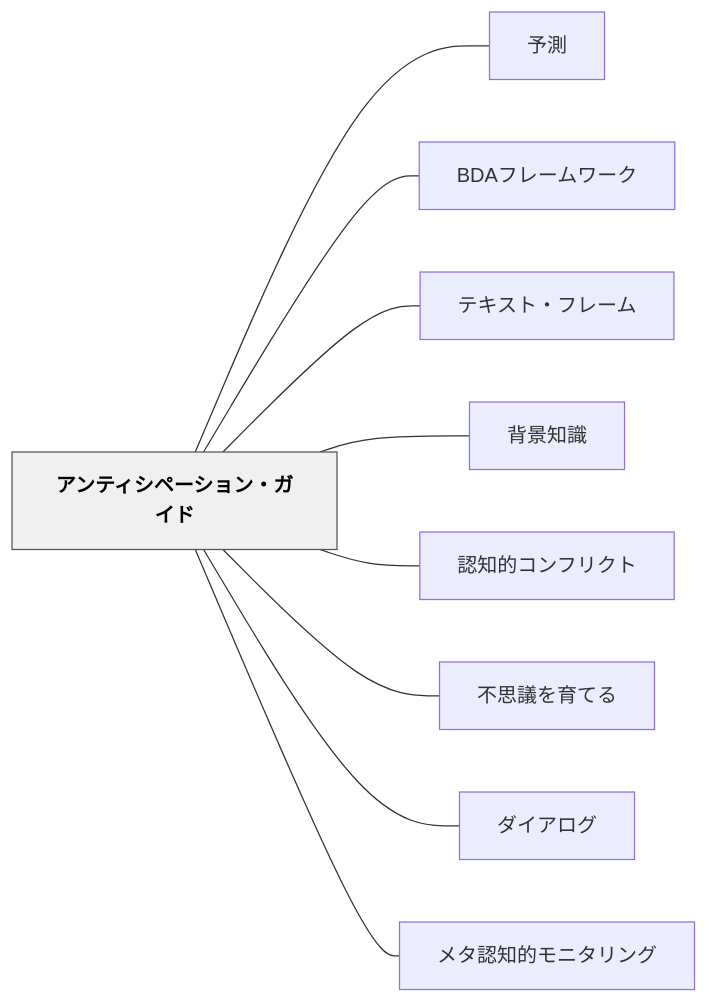
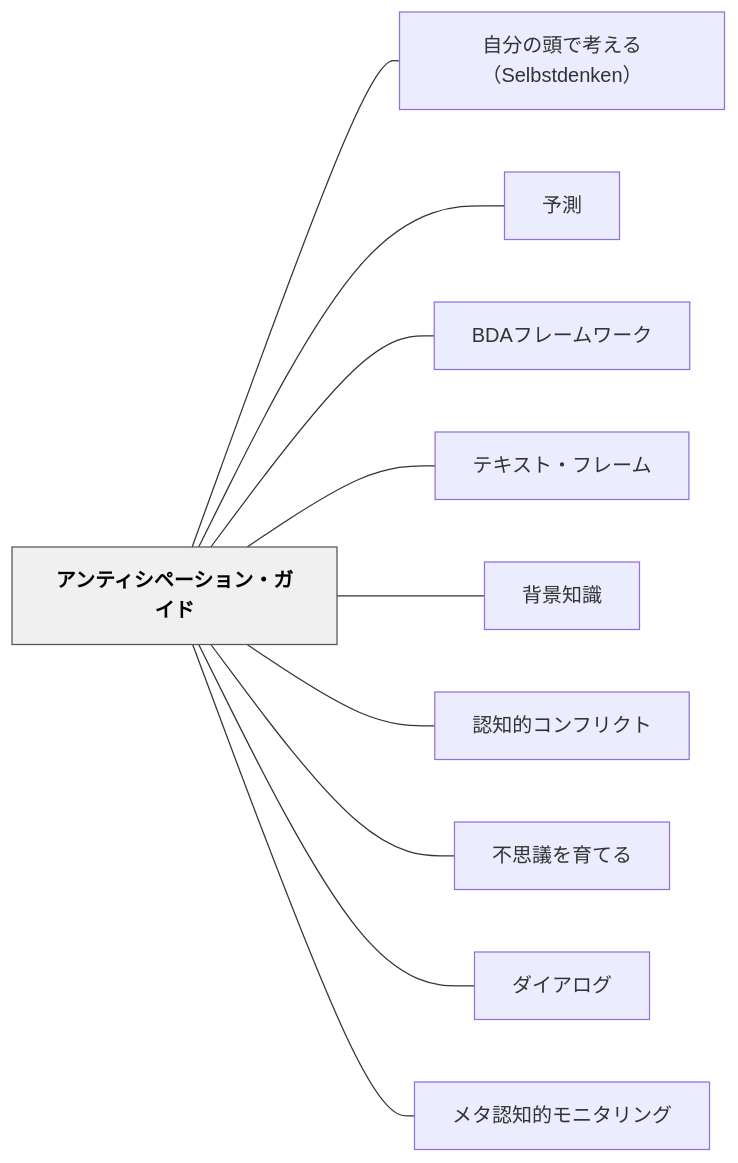
One commit to unknownthings-ed-patterns/unknownthings-ed-patterns changed the diagram in content/パタン/アンティシペーション・ガイド.md. Above: the diagram before and after it, drawn with Mermaid. The commit also changed other lines of this file and 21 other files, not shown here.

````diff
--- a/content/パタン/アンティシペーション・ガイド.md
+++ b/content/パタン/アンティシペーション・ガイド.md
@@ -144,24 +145,26 @@
 ```mermaid
 flowchart LR
     ne382a2e383b3e38386e382a3e382b7e3839ae383bce382b7e383a7e383b3e383bbe382ace382a4e38389["アンティシペーション・ガイド"]
+    ne887aae58886e381aee9a0ade381a7e88083e38188e3828befbc8853656c62737464656e6b656eefbc89["自分の頭で考える（Selbstdenken）"]
     ne4ba88e6b8ac["予測"]
     n424441e38395e383ace383bce383a0e383afe383bce382af["BDAフレームワーク"]
     ne38386e382ade382b9e38388e383bbe38395e383ace383bce383a0["テキスト・フレーム"]
     ne8838ce699afe79fa5e8ad98["背景知識"]
     ne8aa8de79fa5e79a84e382b3e383b3e38395e383aae382afe38388["認知的コンフリクト"]
     ne4b88de6809de8adb0e38292e882b2e381a6e3828b["不思議を育てる"]
     ne38380e382a4e382a2e383ade382b0["ダイアログ"]
     ne383a1e382bfe8aa8de79fa5e79a84e383a2e3838be382bfe383aae383b3e382b0["メタ認知的モニタリング"]
 
+    ne382a2e383b3e38386e382a3e382b7e3839ae383bce382b7e383a7e383b3e383bbe382ace382a4e38389 --- ne887aae58886e381aee9a0ade381a7e88083e38188e3828befbc8853656c62737464656e6b656eefbc89
     ne382a2e383b3e38386e382a3e382b7e3839ae383bce382b7e383a7e383b3e383bbe382ace382a4e38389 --- ne4ba88e6b8ac
     ne382a2e383b3e38386e382a3e382b7e3839ae383bce382b7e383a7e383b3e383bbe382ace382a4e38389 --- n424441e38395e383ace383bce383a0e383afe383bce382af
     ne382a2e383b3e38386e382a3e382b7e3839ae383bce382b7e383a7e383b3e383bbe382ace382a4e38389 --- ne38386e382ade382b9e38388e383bbe38395e383ace383bce383a0
     ne382a2e383b3e38386e382a3e382b7e3839ae383bce382b7e383a7e383b3e383bbe382ace382a4e38389 --- ne8838ce699afe79fa5e8ad98
     ne382a2e383b3e38386e382a3e382b7e3839ae383bce382b7e383a7e383b3e383bbe382ace382a4e38389 --- ne8aa8de79fa5e79a84e382b3e383b3e38395e383aae382afe38388
     ne382a2e383b3e38386e382a3e382b7e3839ae383bce382b7e383a7e383b3e383bbe382ace382a4e38389 --- ne4b88de6809de8adb0e38292e882b2e381a6e3828b
     ne382a2e383b3e38386e382a3e382b7e3839ae383bce382b7e383a7e383b3e383bbe382ace382a4e38389 --- ne38380e382a4e382a2e383ade382b0
     ne382a2e383b3e38386e382a3e382b7e3839ae383bce382b7e383a7e383b3e383bbe382ace382a4e38389 --- ne383a1e382bfe8aa8de79fa5e79a84e383a2e3838be382bfe383aae383b3e382b0
 
     classDef hub fill:#f0f0f0,stroke:#555,color:#000,font-weight:bold
     class ne382a2e383b3e38386e382a3e382b7e3839ae383bce382b7e383a7e383b3e383bbe382ace382a4e38389 hub
 ```
````
